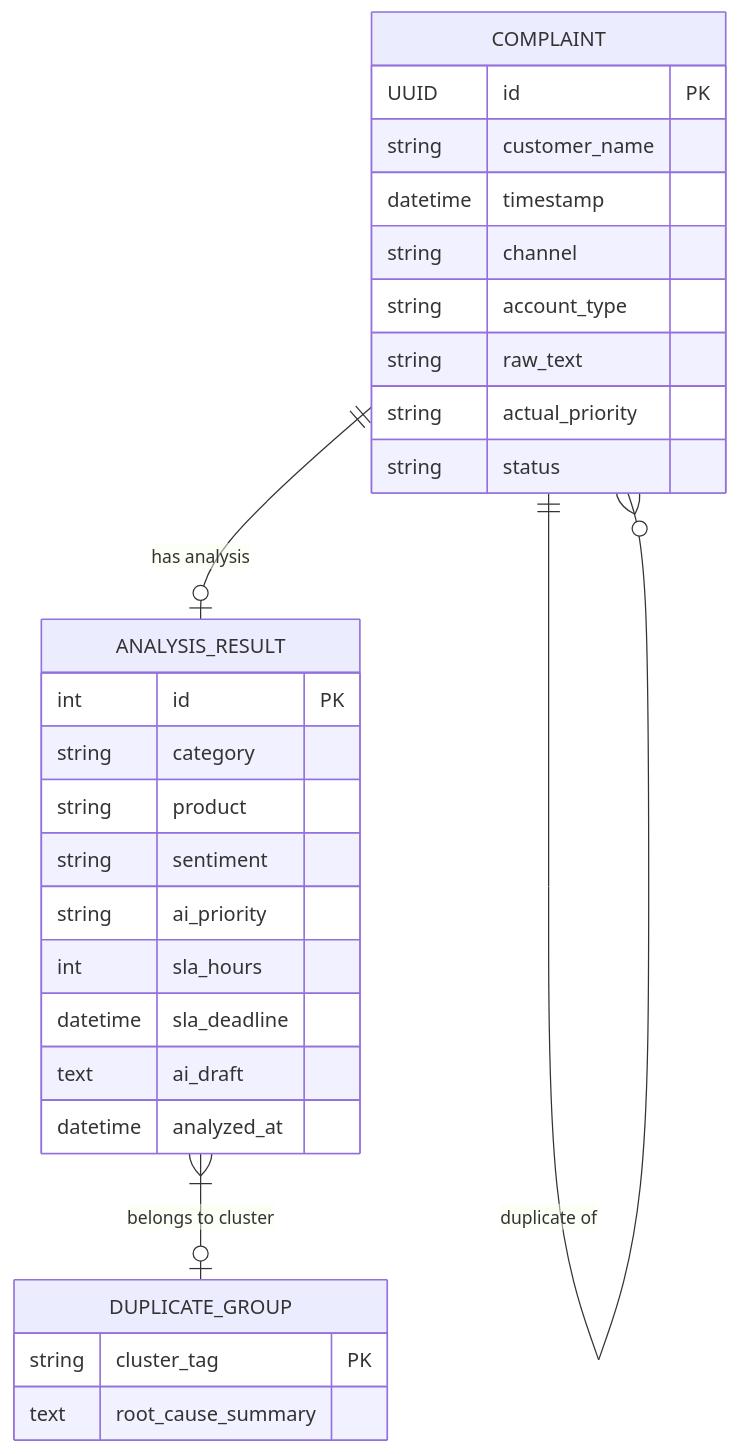
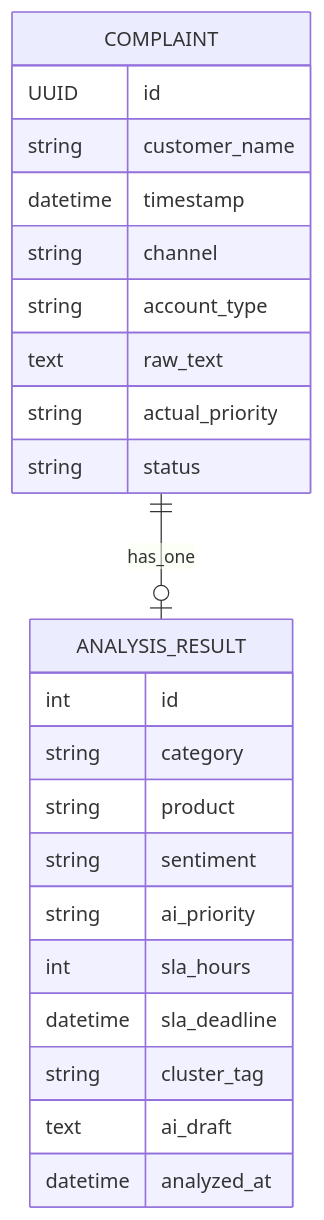
Before and after one commit to Divesh-Kshirsagar/SamvadAI: the diagram in docs/docs/backend.md, drawn with Mermaid. The commit also changed other lines of this file and 30 other files, not shown here.

Commit message:
docs: rewrite README/docs and add mermaid diagrams; frontend utility and UI updates

````diff
--- a/docs/docs/backend.md
+++ b/docs/docs/backend.md
@@ -12,34 +19,26 @@
 ```mermaid
 erDiagram
-    COMPLAINT ||--o| ANALYSIS_RESULT : "has analysis"
-    COMPLAINT ||--o{ COMPLAINT : "duplicate of"
-    ANALYSIS_RESULT }|--o| DUPLICATE_GROUP : "belongs to cluster"
-
+    COMPLAINT ||--o| ANALYSIS_RESULT : has_one
     COMPLAINT {
-        UUID id PK
-        string customer_name
-        datetime timestamp
-        string channel
-        string account_type
-        string raw_text
-        string actual_priority
-        string status
+      UUID id
+      string customer_name
+      datetime timestamp
+      string channel
+      string account_type
+      text raw_text
+      string actual_priority
+      string status
     }
-
     ANALYSIS_RESULT {
-        int id PK
-        string category
-        string product
-        string sentiment
-        string ai_priority
-        int sla_hours
-        datetime sla_deadline
-        text ai_draft
-        datetime analyzed_at
-    }
-
-    DUPLICATE_GROUP {
-        string cluster_tag PK
-        text root_cause_summary
+      int id
+      string category
+      string product
+      string sentiment
+      string ai_priority
+      int sla_hours
+      datetime sla_deadline
+      string cluster_tag
+      text ai_draft
+      datetime analyzed_at
     }
 ```
````
